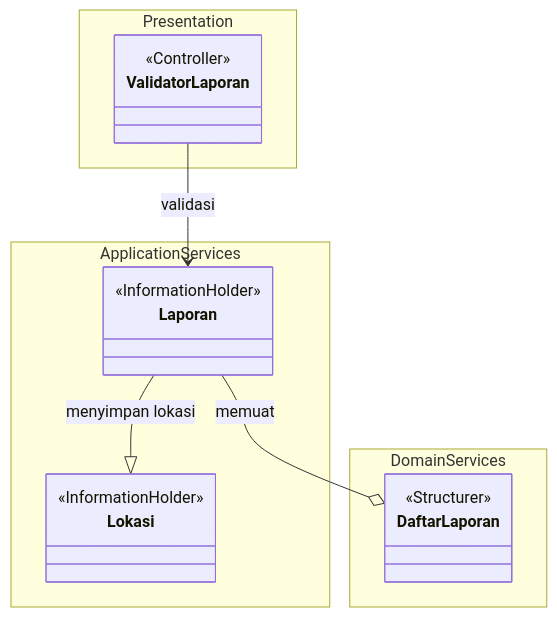
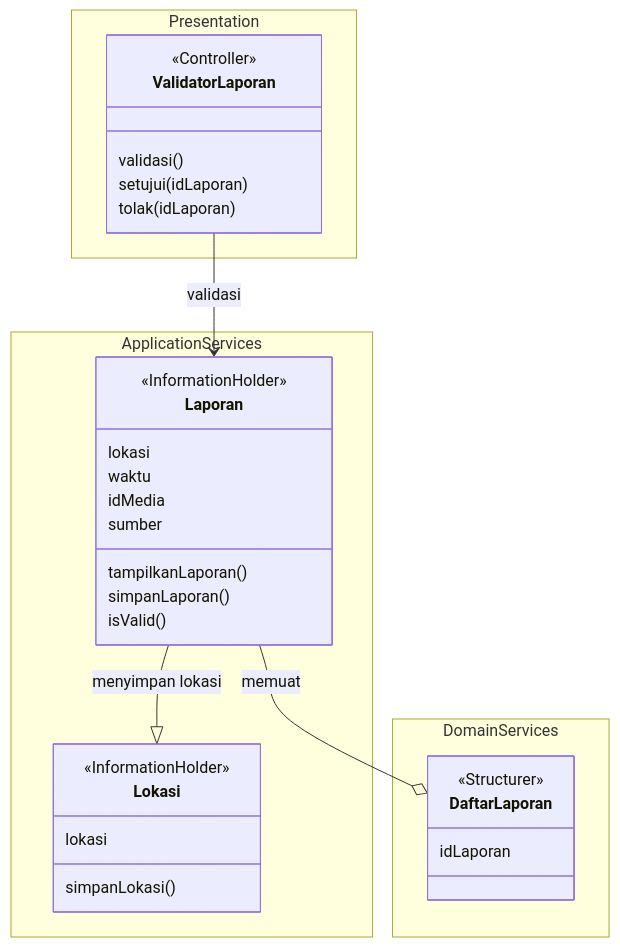
The third of 9 diagrams in docs/M4/K03_G02_CD.md (star-scripter/IF2150-RPL-K03-G02), drawn with Mermaid before and after one commit. The commit also changed other lines of this file, not shown here.

Commit message:
docs: add attributes and operations to mermaid diagram

````diff
--- a/docs/M4/K03_G02_CD.md
+++ b/docs/M4/K03_G02_CD.md
@@ -432,25 +453,42 @@
 ```mermaid
 classDiagram
     direction TB
 
     namespace Presentation {
-        class ValidatorLaporan
+        class ValidatorLaporan {
+            validasi()
+            setujui(idLaporan)
+            tolak(idLaporan)
+        }
     }
     namespace ApplicationServices {
-        class Laporan
-        class Lokasi
+        class Laporan {
+            lokasi
+            waktu
+            idMedia
+            sumber
+            tampilkanLaporan()
+            simpanLaporan()
+            isValid()
+        }
+        class Lokasi {
+            lokasi
+            simpanLokasi()
+        }
     }
 
     namespace DomainServices {
-        class DaftarLaporan
+        class DaftarLaporan {
+            idLaporan
+        }
     }
 
     <<Controller>> ValidatorLaporan
     <<Structurer>> DaftarLaporan
     <<InformationHolder>> Laporan
     <<InformationHolder>> Lokasi
 
     ValidatorLaporan --> Laporan : validasi
     Laporan --|> Lokasi : menyimpan lokasi
     Laporan  --o DaftarLaporan : memuat
 ```
````
